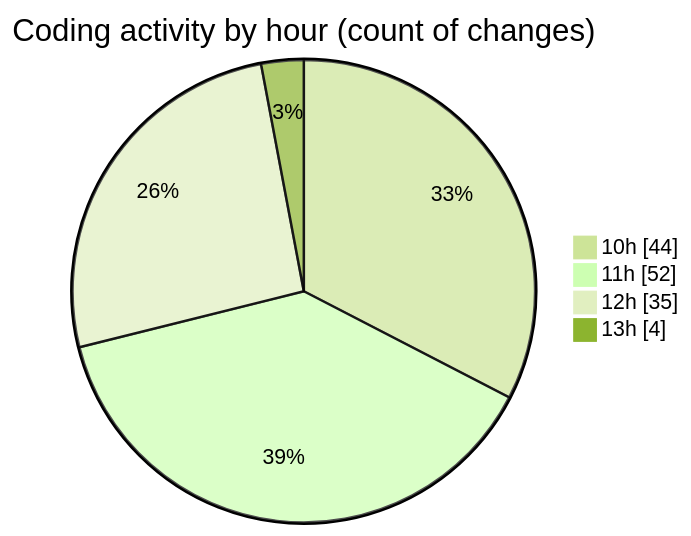
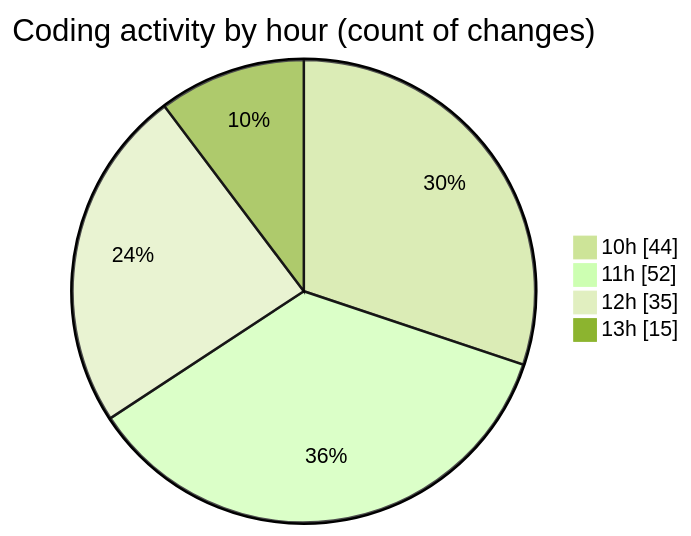
Before and after one commit to momahboobian/code-tracking: the second of 2 diagrams in 2025-08-28/cda/README.md, drawn with Mermaid (forest theme). The commit also changed other lines of this file and 1 other file, not shown here.

````diff
--- a/2025-08-28/cda/README.md
+++ b/2025-08-28/cda/README.md
@@ -35,8 +35,8 @@
 ```mermaid
 pie showData
 title Coding activity by hour (count of changes)
 "10h" : 44
 "11h" : 52
 "12h" : 35
-"13h" : 4
+"13h" : 15
 ```
````
